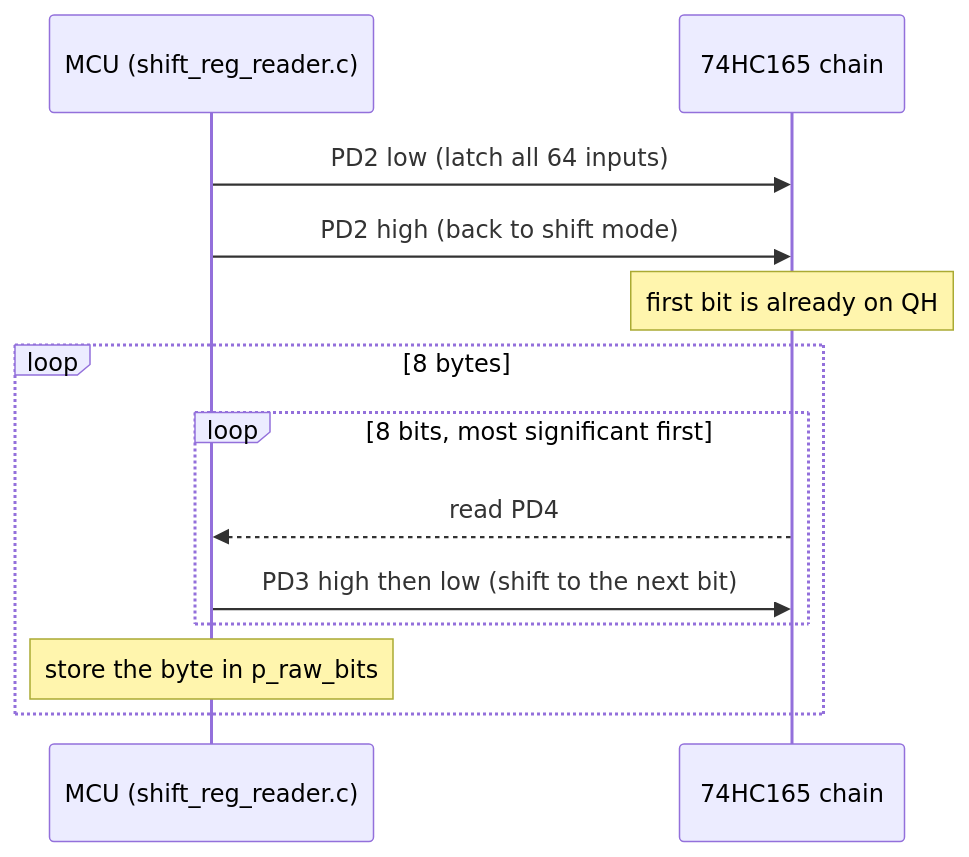
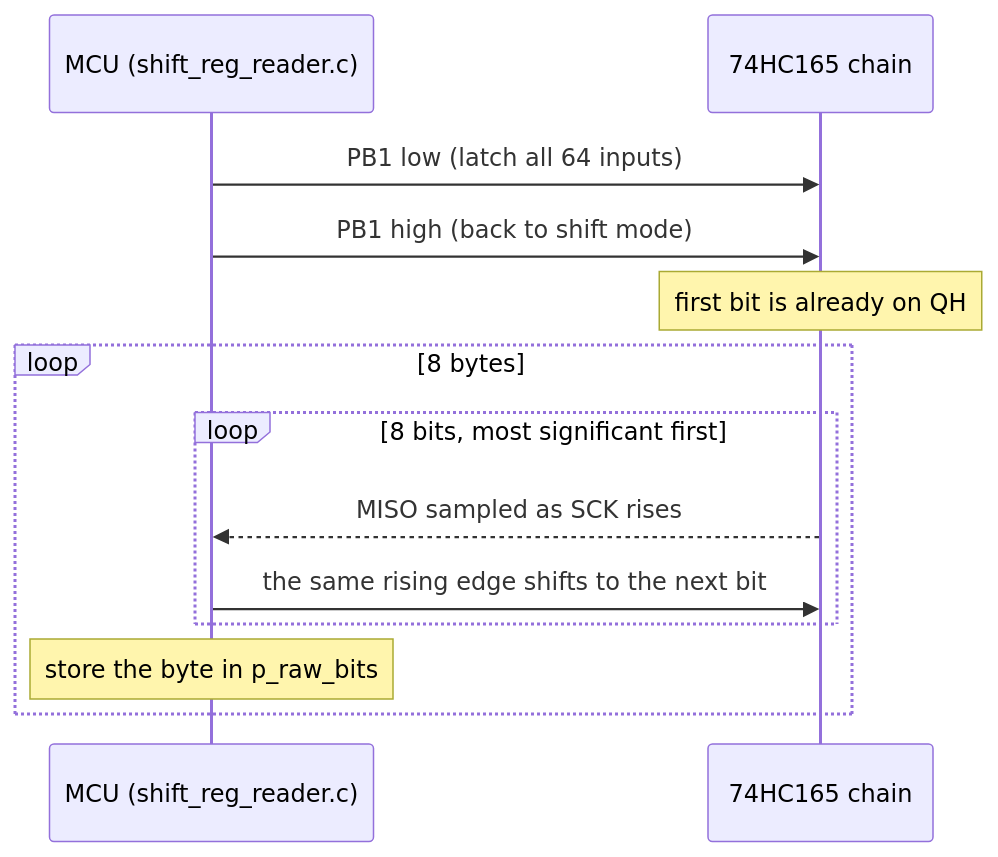
Before and after one commit to BonelessPig/nano_sequencer: diagram 12 of 19 in docs/ARCHITECTURE.md, drawn with Mermaid. The commit also changed other lines of this file and 26 other files, not shown here.

````diff
--- a/docs/ARCHITECTURE.md
+++ b/docs/ARCHITECTURE.md
@@ -442,15 +460,15 @@
 ```mermaid
 sequenceDiagram
     participant M as MCU (shift_reg_reader.c)
     participant C as 74HC165 chain
-    M->>C: PD2 low (latch all 64 inputs)
-    M->>C: PD2 high (back to shift mode)
+    M->>C: PB1 low (latch all 64 inputs)
+    M->>C: PB1 high (back to shift mode)
     Note over C: first bit is already on QH
     loop 8 bytes
         loop 8 bits, most significant first
-            C-->>M: read PD4
-            M->>C: PD3 high then low (shift to the next bit)
+            C-->>M: MISO sampled as SCK rises
+            M->>C: the same rising edge shifts to the next bit
         end
         Note over M: store the byte in p_raw_bits
     end
 ```
````
